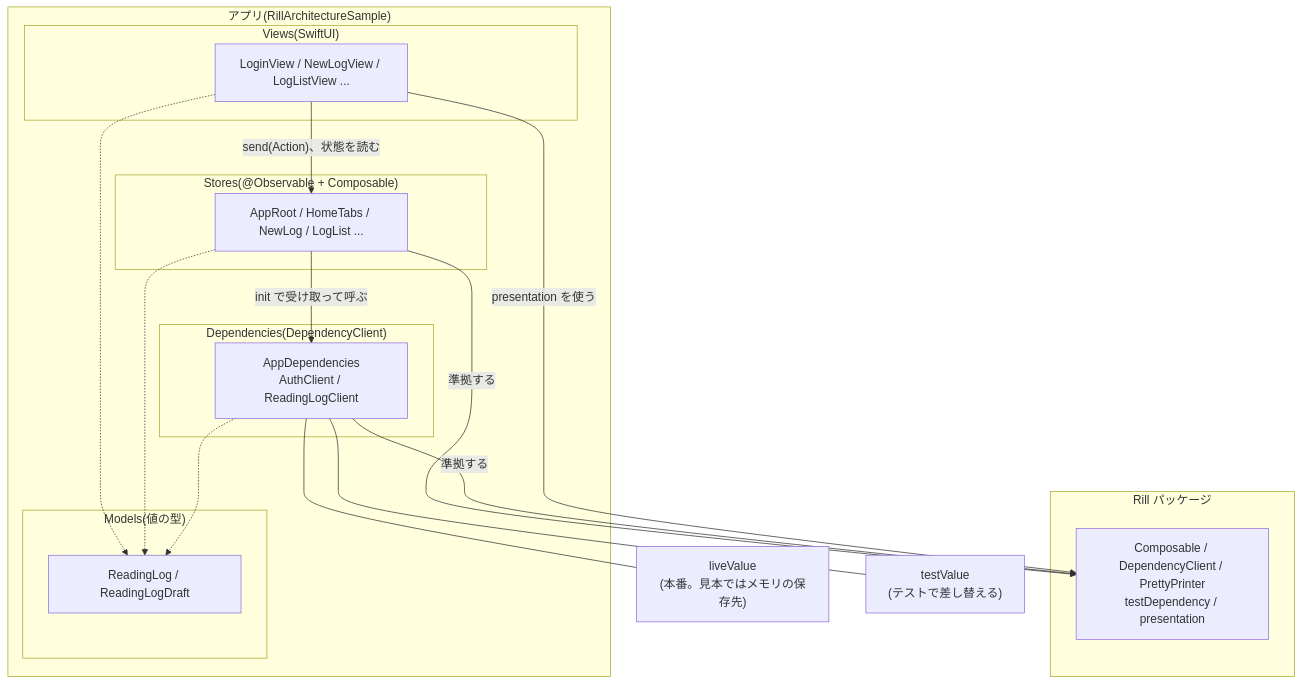
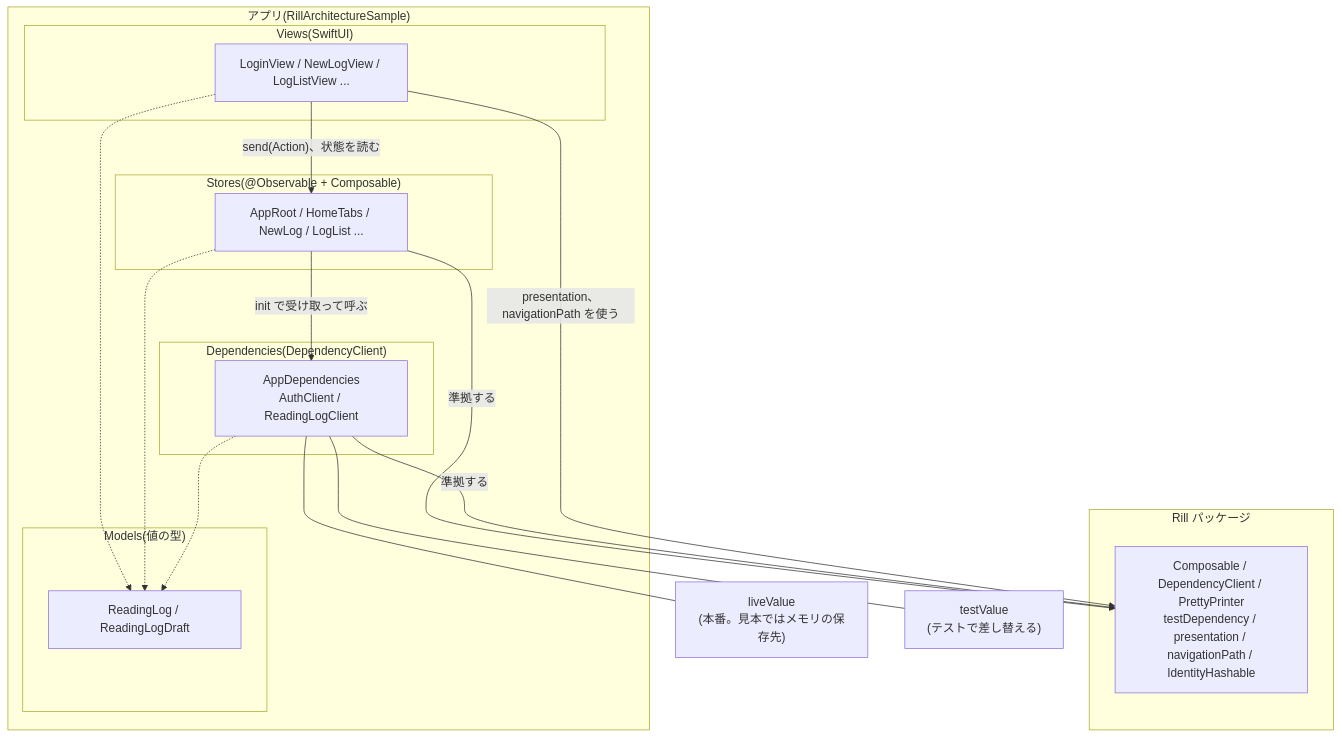
Before and after one commit to kz56cd/RillArchitectureSample: the first of 7 diagrams in docs/architecture.md, drawn with Mermaid. The commit also changed other lines of this file and 17 other files, not shown here.

````diff
--- a/docs/architecture.md
+++ b/docs/architecture.md
@@ -11,31 +11,31 @@
 ```mermaid
 flowchart TB
     subgraph App["アプリ(RillArchitectureSample)"]
         subgraph Views["Views(SwiftUI)"]
             V["LoginView / NewLogView / LogListView ..."]
         end
         subgraph Stores["Stores(@Observable + Composable)"]
             S["AppRoot / HomeTabs / NewLog / LogList ..."]
         end
         subgraph Dependencies["Dependencies(DependencyClient)"]
             D["AppDependencies<br/>AuthClient / ReadingLogClient"]
         end
         subgraph Models["Models(値の型)"]
             M["ReadingLog / ReadingLogDraft"]
         end
     end
     subgraph Package["Rill パッケージ"]
-        P["Composable / DependencyClient / PrettyPrinter<br/>testDependency / presentation"]
+        P["Composable / DependencyClient / PrettyPrinter<br/>testDependency / presentation / navigationPath / IdentityHashable"]
     end
     Live["liveValue<br/>(本番。見本ではメモリの保存先)"]
     Test["testValue<br/>(テストで差し替える)"]
 
     V -- "send(Action)、状態を読む" --> S
     S -- "init で受け取って呼ぶ" --> D
     D --- Live
     D --- Test
     V & S & D -.-> M
     S -- "準拠する" --> P
     D -- "準拠する" --> P
-    V -- "presentation を使う" --> P
+    V -- "presentation、navigationPath を使う" --> P
 ```
````
